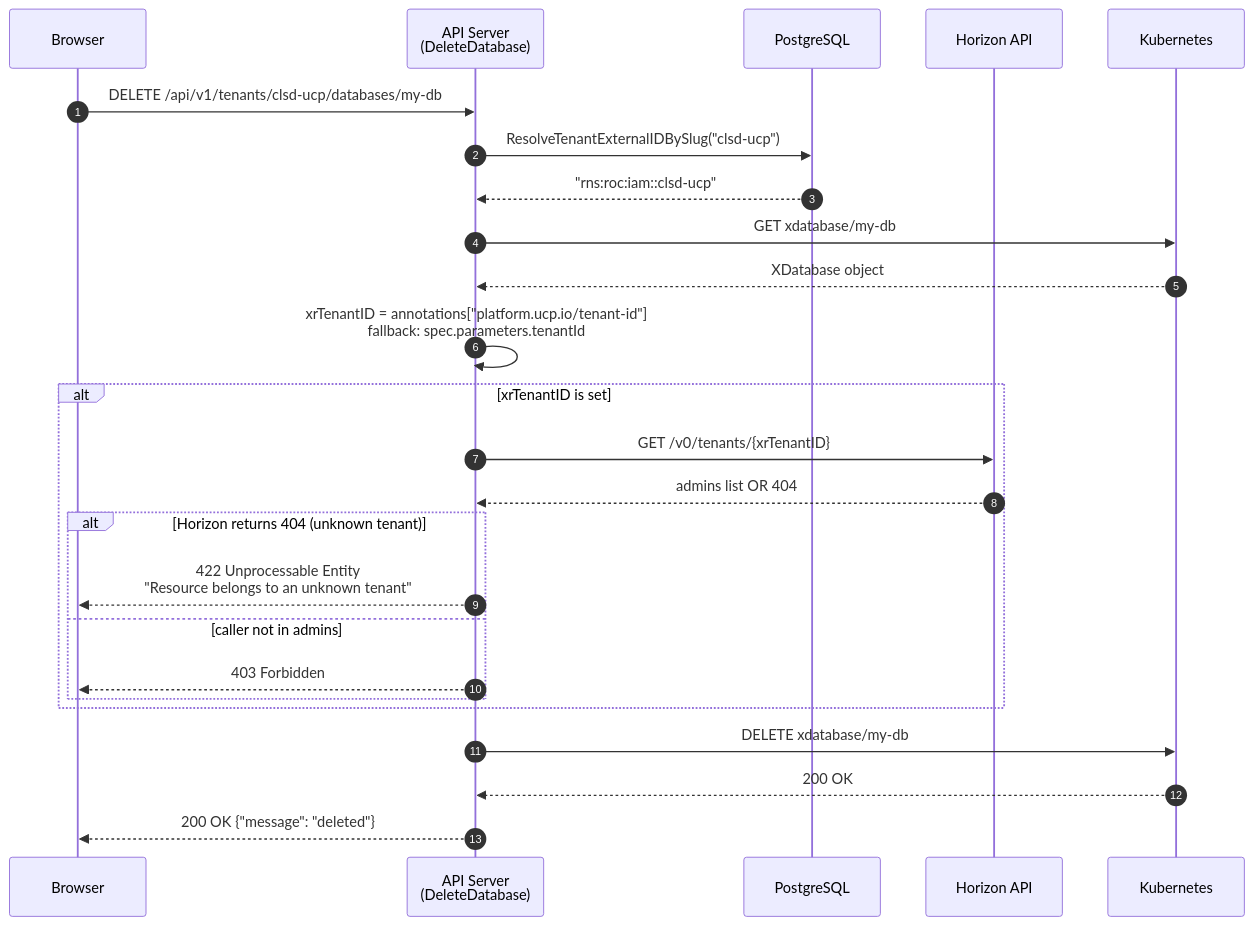
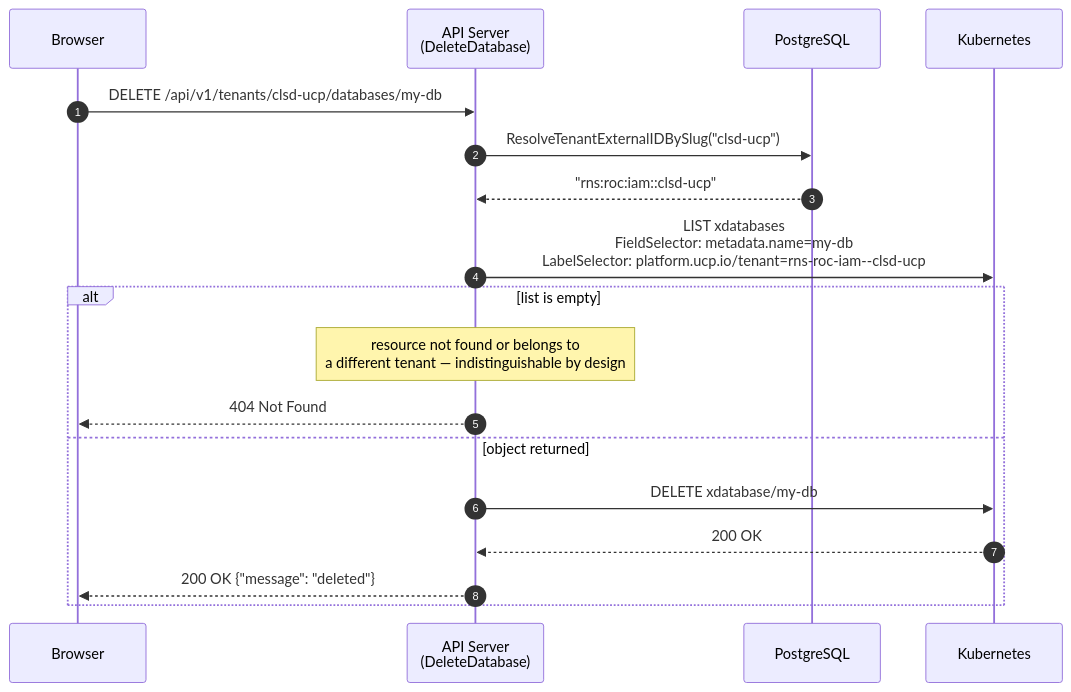
The third of 3 diagrams in docs/projects/universal-control-plane-ucp/pocs/tenant-isolation/implementation.md (aripermana-putra/ucp-docs-collection), drawn with Mermaid before and after one commit. The commit also changed other lines of this file and 1 other file, not shown here.

First line of the commit message:
MCUCP-192: Update tenant isolation docs to reflect server-side K8s filtering

````diff
--- a/docs/projects/universal-control-plane-ucp/pocs/tenant-isolation/implementation.md
+++ b/docs/projects/universal-control-plane-ucp/pocs/tenant-isolation/implementation.md
@@ -159,35 +157,25 @@
 ```mermaid
 sequenceDiagram
     autonumber
 
     participant Browser
     participant Handler as API Server<br/>(DeleteDatabase)
     participant DB as PostgreSQL
-    participant Horizon as Horizon API
     participant K8s as Kubernetes
 
     Browser->>Handler: DELETE /api/v1/tenants/clsd-ucp/databases/my-db
 
     Handler->>DB: ResolveTenantExternalIDBySlug("clsd-ucp")
     DB-->>Handler: "rns:roc:iam::clsd-ucp"
 
-    Handler->>K8s: GET xdatabase/my-db
-    K8s-->>Handler: XDatabase object
+    Handler->>K8s: LIST xdatabases<br/>FieldSelector: metadata.name=my-db<br/>LabelSelector: platform.ucp.io/tenant=rns-roc-iam--clsd-ucp
 
-    Handler->>Handler: xrTenantID = annotations["platform.ucp.io/tenant-id"]<br/>fallback: spec.parameters.tenantId
-
-    alt xrTenantID is set
-        Handler->>Horizon: GET /v0/tenants/{xrTenantID}
-        Horizon-->>Handler: admins list OR 404
-
-        alt Horizon returns 404 (unknown tenant)
-            Handler-->>Browser: 422 Unprocessable Entity<br/>"Resource belongs to an unknown tenant"
-        else caller not in admins
-            Handler-->>Browser: 403 Forbidden
-        end
+    alt list is empty
+        Note over Handler: resource not found or belongs to<br/>a different tenant — indistinguishable by design
+        Handler-->>Browser: 404 Not Found
+    else object returned
+        Handler->>K8s: DELETE xdatabase/my-db
+        K8s-->>Handler: 200 OK
+        Handler-->>Browser: 200 OK {"message": "deleted"}
     end
-
-    Handler->>K8s: DELETE xdatabase/my-db
-    K8s-->>Handler: 200 OK
-    Handler-->>Browser: 200 OK {"message": "deleted"}
 ```
````
